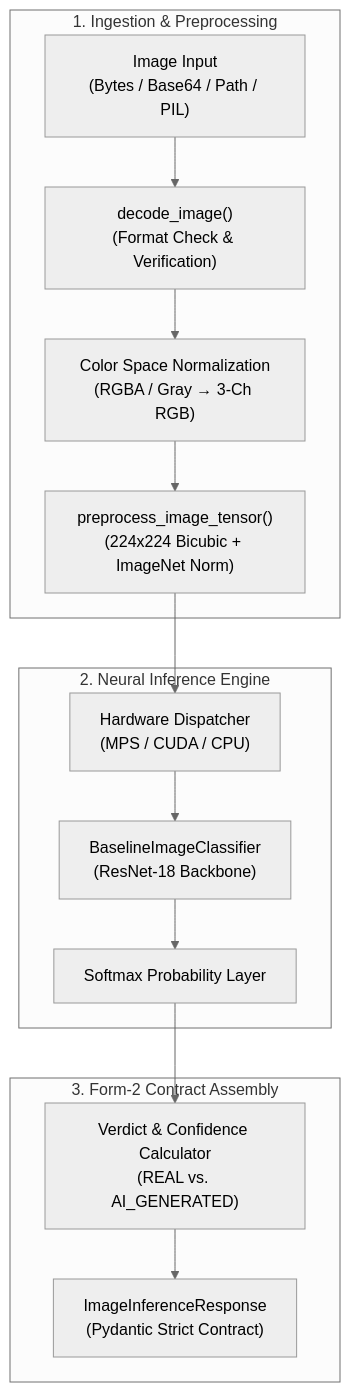
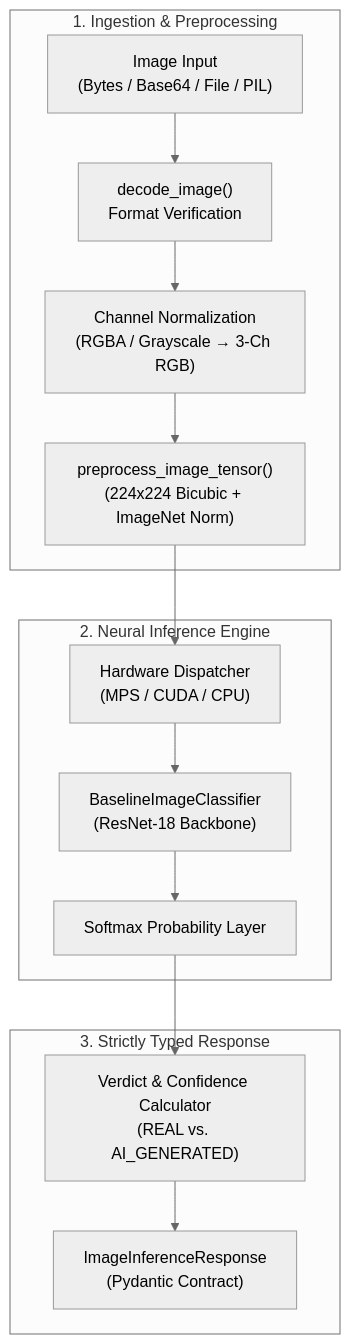
The second of 3 diagrams in README.md (divishamb123/SKIT-AI-2023-2027-07), drawn with Mermaid (neutral theme) before and after one commit. The commit also changed other lines of this file and 7 other files, not shown here.

````diff
--- a/README.md
+++ b/README.md
@@ -49,19 +72,19 @@
 ```mermaid
 flowchart TD
     subgraph INGESTION ["1. Ingestion & Preprocessing"]
-        Input["Image Input<br/>(Bytes / Base64 / Path / PIL)"] --> Decoder["decode_image()<br/>(Format Check & Verification)"]
-        Decoder --> RGB["Color Space Normalization<br/>(RGBA / Gray → 3-Ch RGB)"]
+        Input["Image Input<br/>(Bytes / Base64 / File / PIL)"] --> Decoder["decode_image()<br/>Format Verification"]
+        Decoder --> RGB["Channel Normalization<br/>(RGBA / Grayscale → 3-Ch RGB)"]
         RGB --> Preprocessor["preprocess_image_tensor()<br/>(224x224 Bicubic + ImageNet Norm)"]
     end
 
     subgraph ENGINE ["2. Neural Inference Engine"]
         Preprocessor --> Hardware["Hardware Dispatcher<br/>(MPS / CUDA / CPU)"]
         Hardware --> ResNet["BaselineImageClassifier<br/>(ResNet-18 Backbone)"]
         ResNet --> Softmax["Softmax Probability Layer"]
     end
 
-    subgraph CONTRACT ["3. Form-2 Contract Assembly"]
+    subgraph CONTRACT ["3. Strictly Typed Response"]
         Softmax --> Calibrator["Verdict & Confidence Calculator<br/>(REAL vs. AI_GENERATED)"]
-        Calibrator --> Schema["ImageInferenceResponse<br/>(Pydantic Strict Contract)"]
+        Calibrator --> Schema["ImageInferenceResponse<br/>(Pydantic Contract)"]
     end
 ```
````
